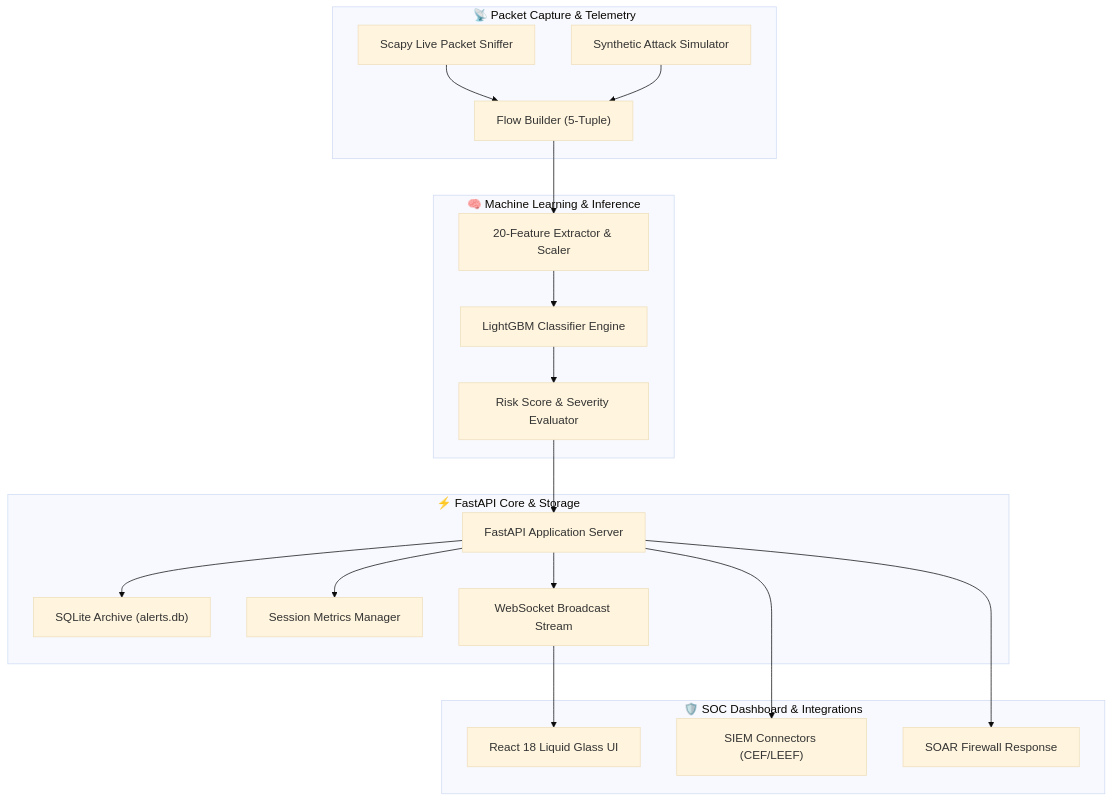
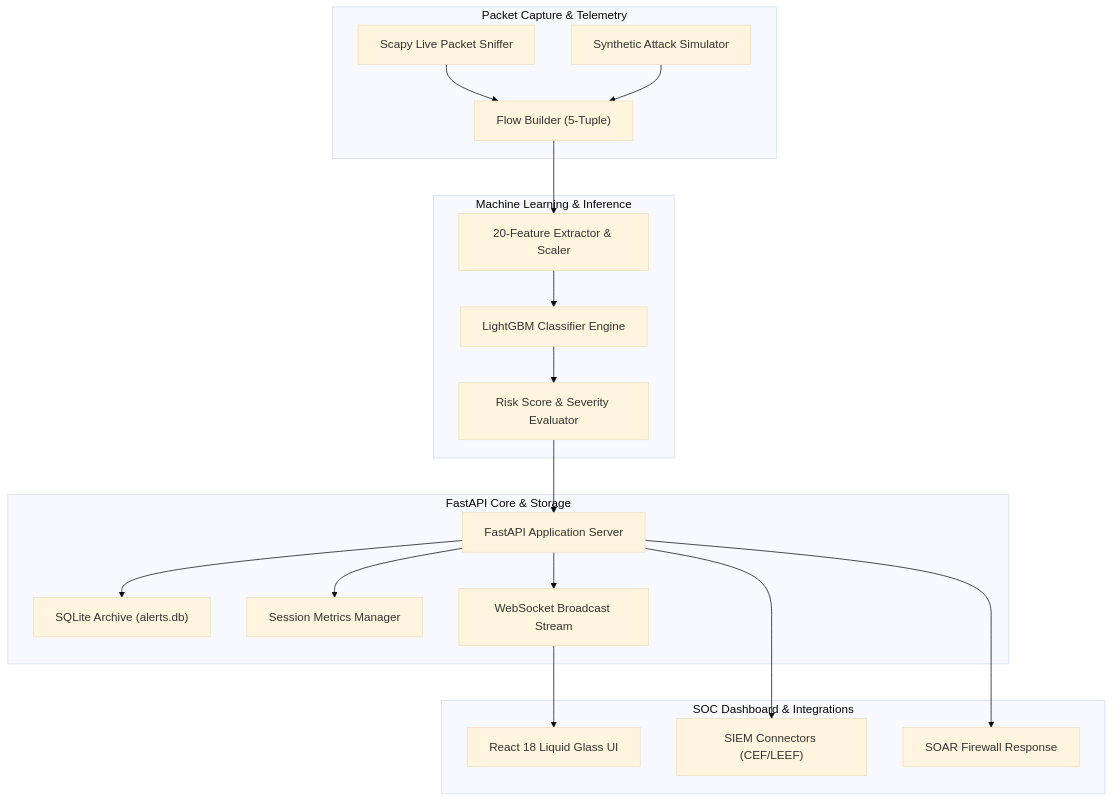
Before and after one commit to saifvector/cortex-nids: the diagram in README.md, drawn with Mermaid (base theme). The commit also changed other lines of this file, not shown here.

````diff
--- a/README.md
+++ b/README.md
@@ -60,39 +60,39 @@
 ```mermaid
 flowchart TD
-    subgraph Capture["📡 Packet Capture & Telemetry"]
+    subgraph Capture["Packet Capture & Telemetry"]
         A1["Scapy Live Packet Sniffer"]
         A2["Synthetic Attack Simulator"]
         A3["Flow Builder (5-Tuple)"]
         A1 --> A3
         A2 --> A3
     end
 
-    subgraph ML["🧠 Machine Learning & Inference"]
+    subgraph ML["Machine Learning & Inference"]
         B1["20-Feature Extractor & Scaler"]
         B2["LightGBM Classifier Engine"]
         B3["Risk Score & Severity Evaluator"]
         A3 --> B1
         B1 --> B2
         B2 --> B3
     end
 
-    subgraph Core["⚡ FastAPI Core & Storage"]
+    subgraph Core["FastAPI Core & Storage"]
         C1["FastAPI Application Server"]
         C2["SQLite Archive (alerts.db)"]
         C3["Session Metrics Manager"]
         C4["WebSocket Broadcast Stream"]
         B3 --> C1
         C1 --> C2
         C1 --> C3
         C1 --> C4
     end
 
-    subgraph UI["🛡️ SOC Dashboard & Integrations"]
+    subgraph UI["SOC Dashboard & Integrations"]
         D1["React 18 Liquid Glass UI"]
         D2["SIEM Connectors (CEF/LEEF)"]
         D3["SOAR Firewall Response"]
         C4 --> D1
         C1 --> D2
         C1 --> D3
     end
 ```
````
